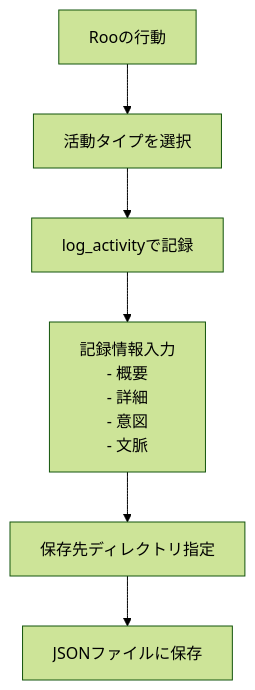
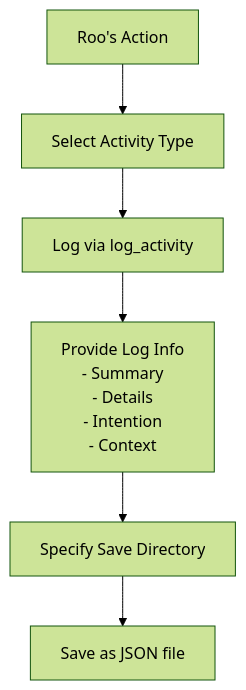
Before and after one commit to annenpolka/roo-logger: the first of 2 diagrams in README.md, drawn with Mermaid (forest theme). The commit also changed other lines of this file and 1 other file, not shown here.

````diff
--- a/README.md
+++ b/README.md
@@ -17,8 +18,8 @@
 ```mermaid
 flowchart TD
-    A[Rooの行動] --> B[活動タイプを選択]
-    B --> C[log_activityで記録]
-    C --> D[記録情報入力<br>- 概要<br>- 詳細<br>- 意図<br>- 文脈]
-    D --> E[保存先ディレクトリ指定]
-    E --> F[JSONファイルに保存]
+    A[Roo's Action] --> B[Select Activity Type]
+    B --> C[Log via log_activity]
+    C --> D[Provide Log Info<br>- Summary<br>- Details<br>- Intention<br>- Context]
+    D --> E[Specify Save Directory]
+    E --> F[Save as JSON file]
 ```
````
